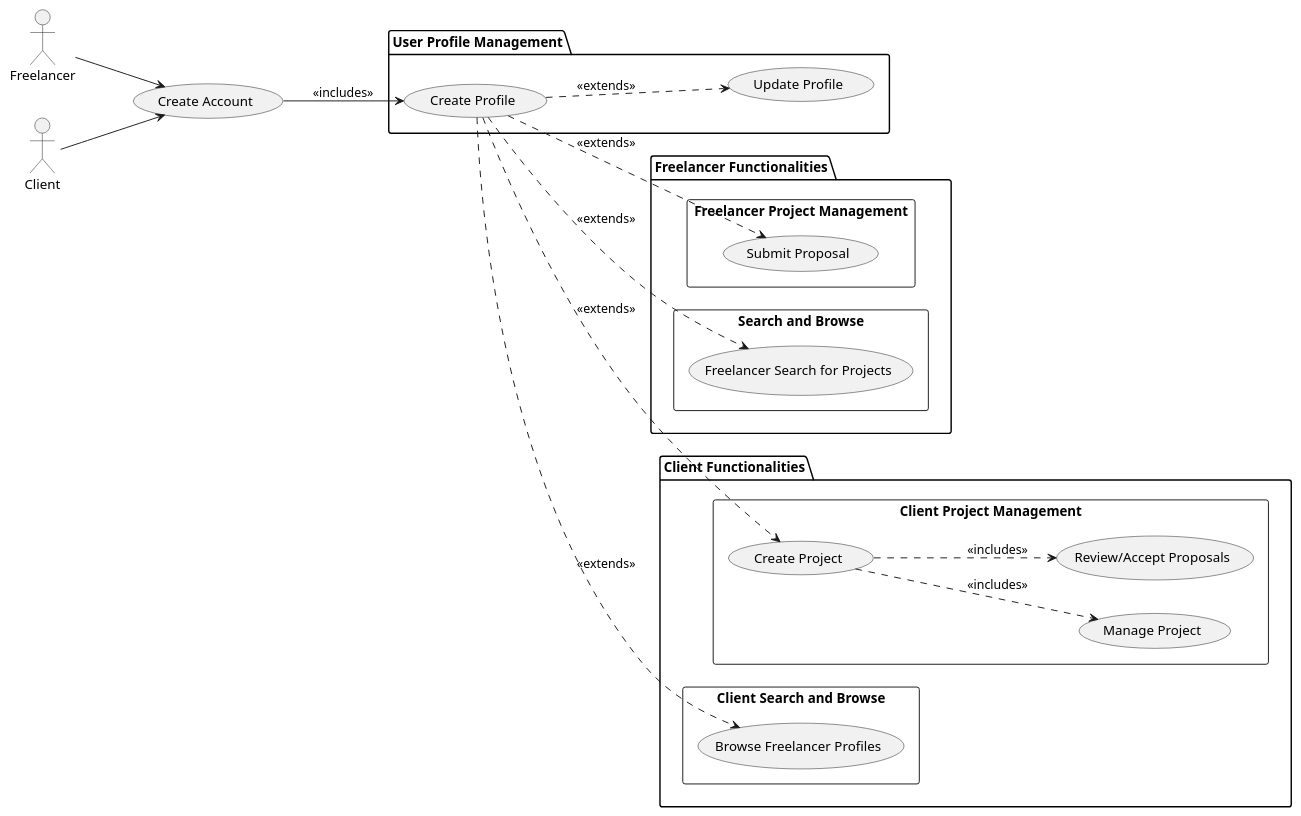
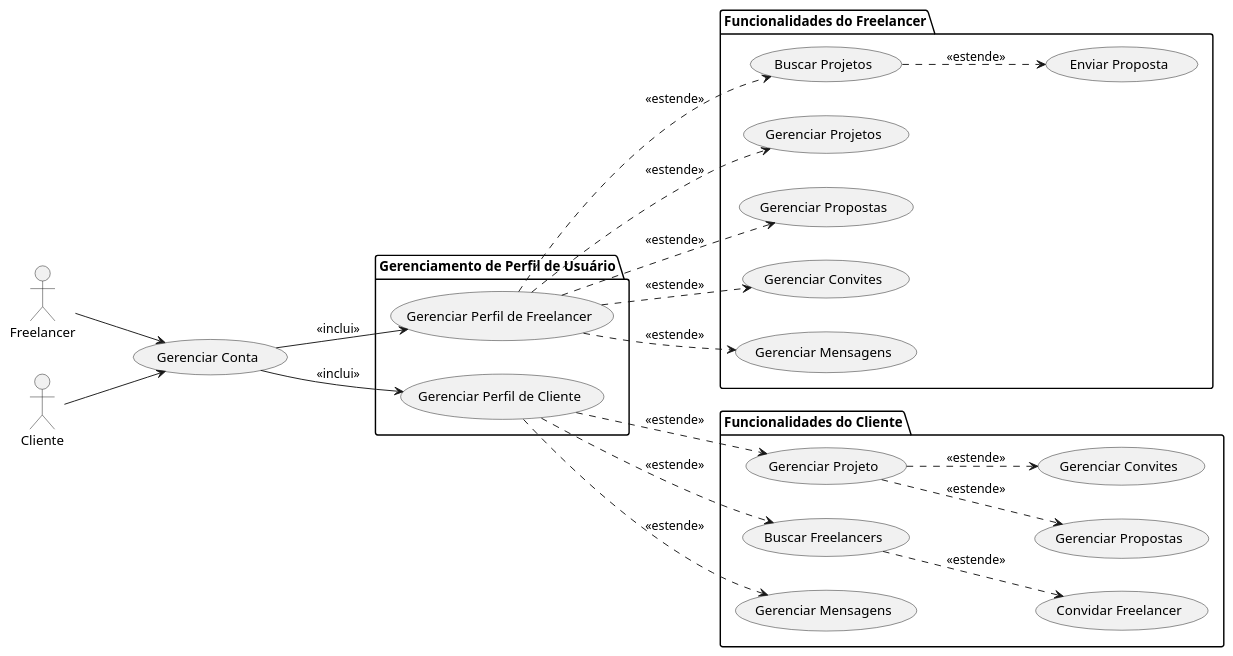
Before and after one commit to lucasneiva/armoredcode: the diagram in docs/useCaseDiagram.puml, drawn with PlantUML.

```diff
--- a/docs/useCaseDiagram.puml
+++ b/docs/useCaseDiagram.puml
@@ -1,46 +1,52 @@
 @startuml usecase diagram
 left to right direction
 
 actor Freelancer
-actor Client
+actor Cliente
 
-usecase "Create Account" as UC0
+usecase "Gerenciar Conta" as UC0
 
-package "User Profile Management" {
-  usecase "Create Profile" as UC1
-  usecase "Update Profile" as UC3 
+package "Gerenciamento de Perfil de Usuário" {
+    usecase "Gerenciar Perfil de Freelancer" as UC1
+    usecase "Gerenciar Perfil de Cliente" as UC2
 }
 
-package "Freelancer Functionalities" {
-  rectangle "Freelancer Project Management" {
-    usecase "Submit Proposal" as UC6 
-  }
-  rectangle "Search and Browse" {
-    usecase "Freelancer Search for Projects" as UC5
-  }
+package "Funcionalidades do Freelancer" {
+    usecase "Enviar Proposta" as UC6
+    usecase "Buscar Projetos" as UC5
+    usecase "Gerenciar Projetos" as UC13
+    usecase "Gerenciar Propostas" as UC14
+    usecase "Gerenciar Convites" as UC10
+    usecase "Gerenciar Mensagens" as UC11
 }
 
-package "Client Functionalities" {
-  rectangle "Client Project Management" {
-    usecase "Create Project" as UC7
-    usecase "Manage Project" as UC8
-    usecase "Review/Accept Proposals" as UC9
-  }
-  rectangle "Client Search and Browse" {
-    usecase "Browse Freelancer Profiles" as UC25
-  } 
+package "Funcionalidades do Cliente" {
+    usecase "Gerenciar Projeto" as UC7
+    usecase "Gerenciar Propostas" as UC9
+    usecase "Convidar Freelancer" as UC8
+    usecase "Gerenciar Convites" as UC35
+
+
+    usecase "Buscar Freelancers" as UC25
+    usecase "Gerenciar Mensagens" as UC12
 }
 
 Freelancer --> UC0
-Client --> UC0
+Cliente --> UC0
 
-UC0 --> UC1 : <<includes>>
-UC1 ..> UC3 : <<extends>>
-UC1 ..> UC5 : <<extends>>
-UC1 ..> UC6 : <<extends>> 
-UC7 ..> UC8 : <<includes>> 
-UC1 ..> UC25 : <<extends>> 
-UC1 ..> UC7 : <<extends>> 
-UC7 ..> UC9 : <<includes>>
+UC0 --> UC1 : <<inclui>>
+UC0 --> UC2 : <<inclui>>
+UC1 ..> UC5 : <<estende>>
+UC5 ..> UC6 : <<estende>>
+UC2 ..> UC7 : <<estende>>
+UC2 ..> UC25 : <<estende>>
+UC7 ..> UC9 : <<estende>>
+UC25 ..> UC8 : <<estende>>
+UC1 ..> UC10 : <<estende>>
+UC1 ..> UC11 : <<estende>>
+UC1 ..> UC13 : <<estende>>
+UC1 ..> UC14 : <<estende>>
+UC2 ..> UC12 : <<estende>>
+UC7 ..> UC35 : <<estende>>
 
 @enduml
```
